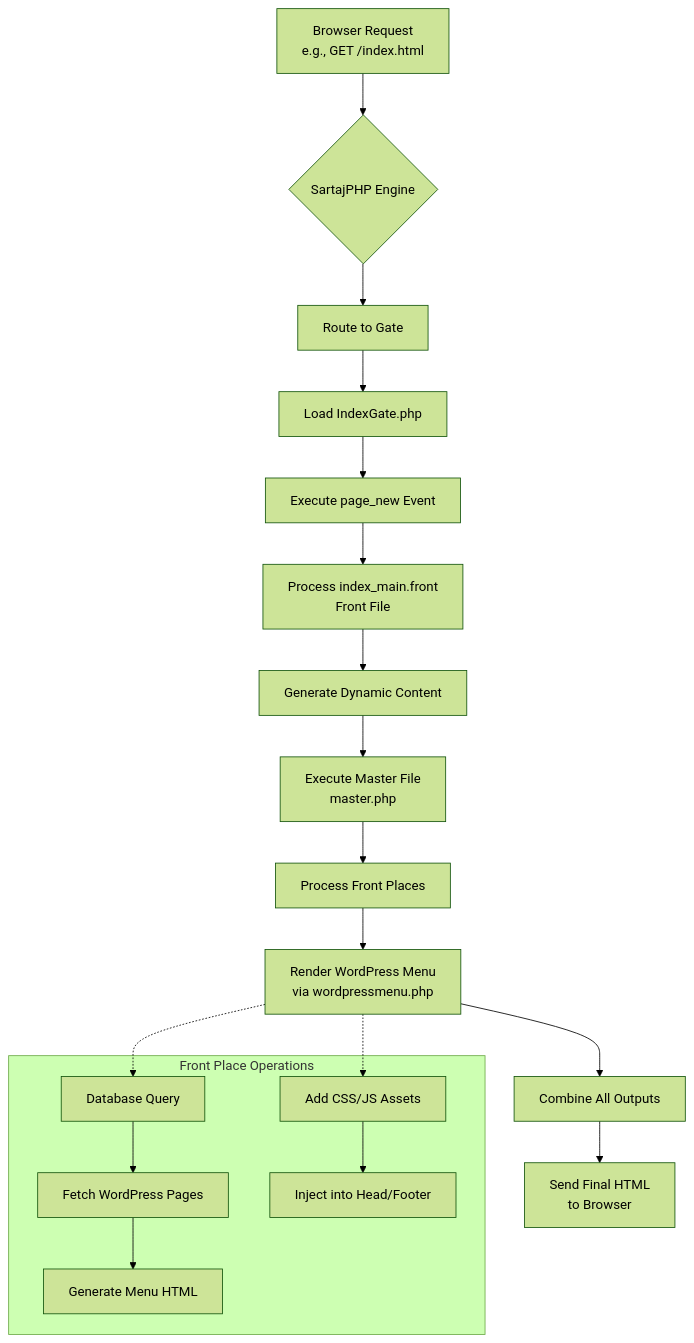
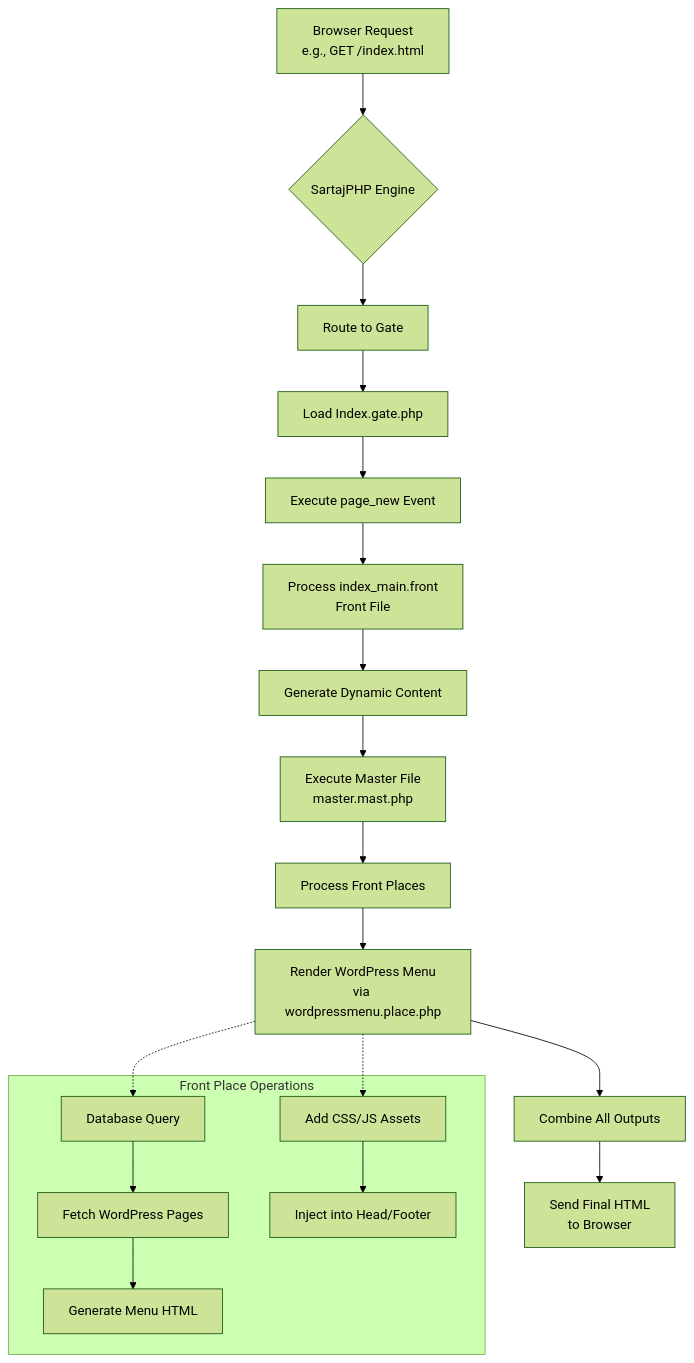
Before and after one commit to sartaj-sphp/SartajPHP-Framework: the first of 2 diagrams in res/Score/rag/samples/how_sartajphp_app_work.md, drawn with Mermaid (forest theme). The commit also changed other lines of this file and 194 other files, not shown here.

````diff
--- a/res/Score/rag/samples/how_sartajphp_app_work.md
+++ b/res/Score/rag/samples/how_sartajphp_app_work.md
@@ -8,27 +8,27 @@
 ```mermaid
 flowchart TD
     A[Browser Request<br>e.g., GET /index.html] --> B{SartajPHP Engine}
     
     B --> C[Route to Gate]
-    C --> D[Load IndexGate.php]
+    C --> D[Load Index.gate.php]
     D --> E[Execute page_new Event]
     
     E --> F[Process index_main.front<br>Front File]
     F --> G[Generate Dynamic Content]
     
-    G --> H[Execute Master File<br>master.php]
+    G --> H[Execute Master File<br>master.mast.php]
     H --> I[Process Front Places]
-    I --> J[Render WordPress Menu<br>via wordpressmenu.php]
+    I --> J[Render WordPress Menu<br>via wordpressmenu.place.php]
     
     J --> K[Combine All Outputs]
     K --> L[Send Final HTML<br>to Browser]
     
     subgraph "Front Place Operations"
         M[Database Query] --> N[Fetch WordPress Pages]
         N --> O[Generate Menu HTML]
         P[Add CSS/JS Assets] --> Q[Inject into Head/Footer]
     end
     
     J -.-> M
     J -.-> P
 ```
````
